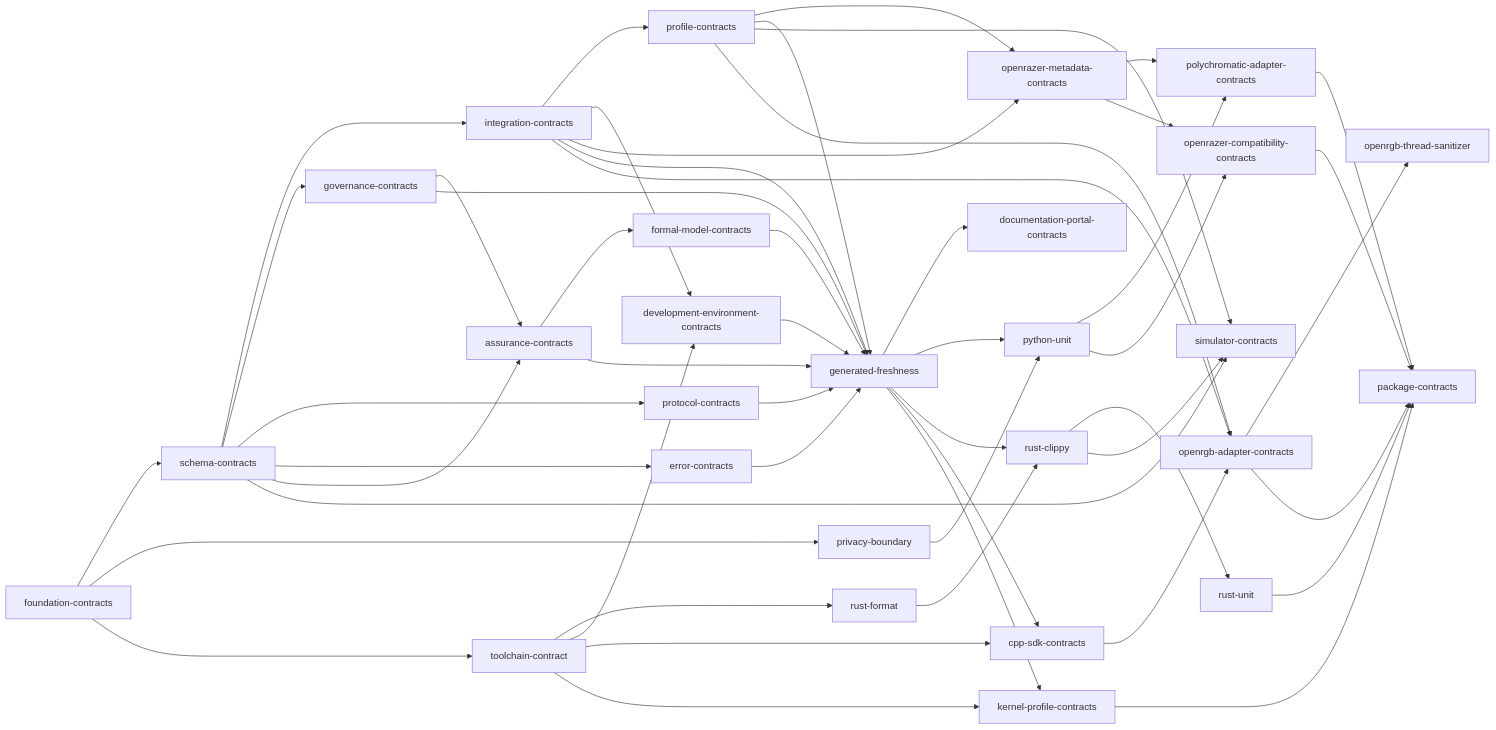
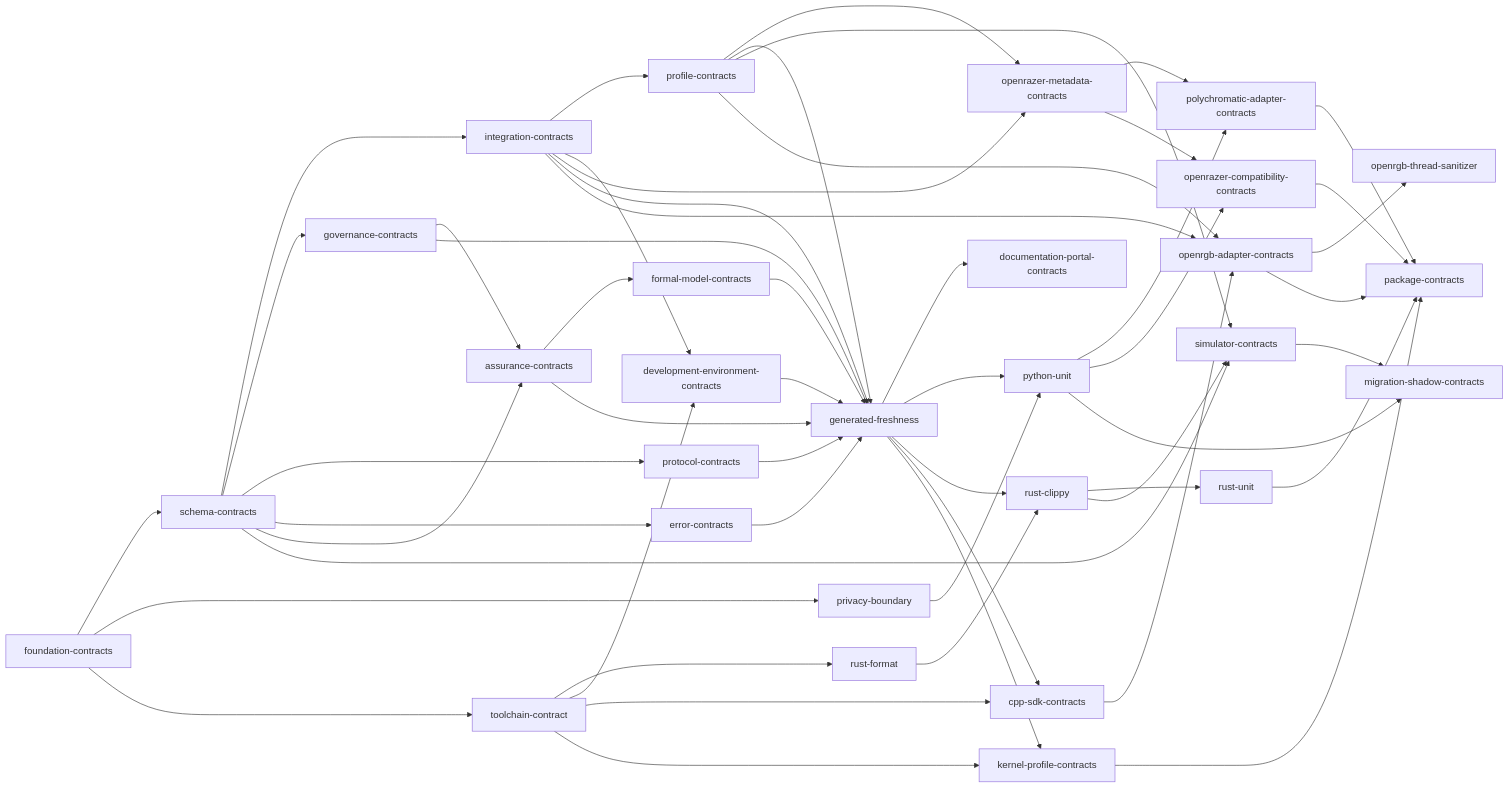
The diagram in docs/generated/verification.md (offalexjackson777-stack/hyperflux-next), drawn with Mermaid before and after one commit. The commit also changed other lines of this file and 26 other files, not shown here.

Commit message:
feat(migration): add source-bound shadow comparison

```diff
--- a/docs/generated/verification.md
+++ b/docs/generated/verification.md
@@ -64,6 +65,7 @@
     openrgb_adapter_contracts["openrgb-adapter-contracts"]
     polychromatic_adapter_contracts["polychromatic-adapter-contracts"]
     openrazer_compatibility_contracts["openrazer-compatibility-contracts"]
+    migration_shadow_contracts["migration-shadow-contracts"]
     openrgb_thread_sanitizer["openrgb-thread-sanitizer"]
     package_contracts["package-contracts"]
     foundation_contracts --> schema_contracts
@@ -110,6 +112,8 @@
     python_unit --> polychromatic_adapter_contracts
     openrazer_metadata_contracts --> openrazer_compatibility_contracts
     python_unit --> openrazer_compatibility_contracts
+    simulator_contracts --> migration_shadow_contracts
+    python_unit --> migration_shadow_contracts
     openrgb_adapter_contracts --> openrgb_thread_sanitizer
     kernel_profile_contracts --> package_contracts
     openrgb_adapter_contracts --> package_contracts
```
